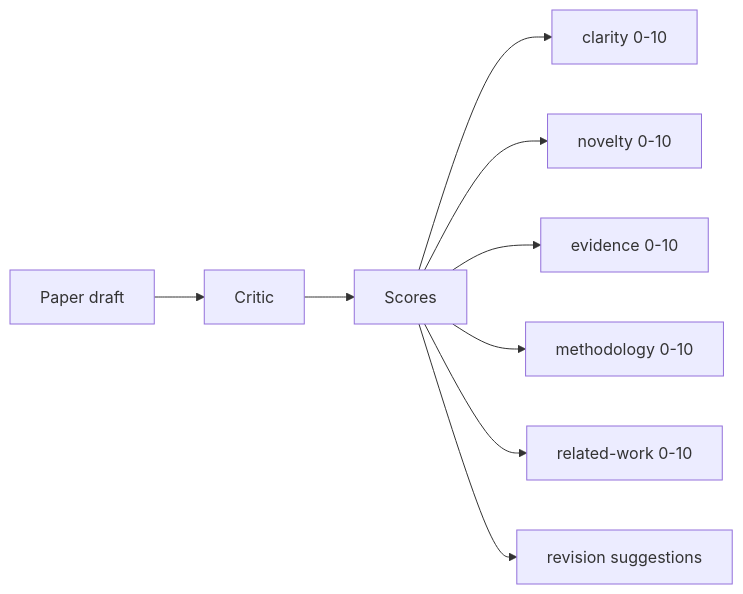
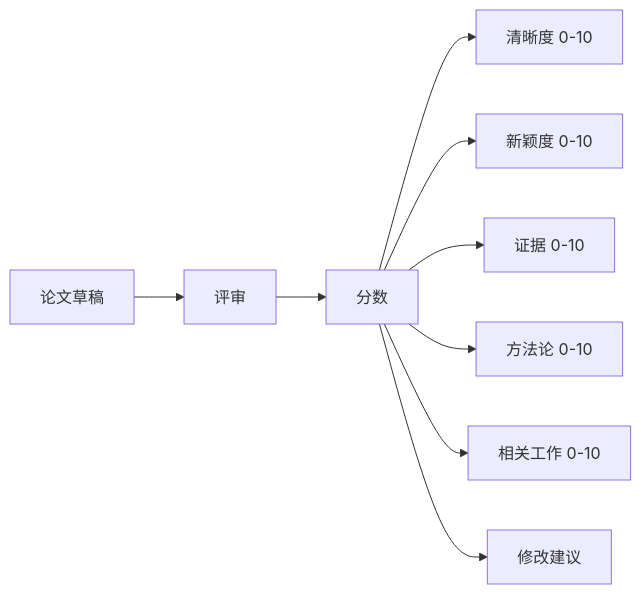
Before and after one commit to alessandrodinisio-ai/ai-engineering-learning-framework: the first of 4 diagrams in phases/19-capstone-projects/55-critic-loop/docs/zh.md, drawn with Mermaid. The commit also changed other lines of this file and 120 other files, not shown here.

First line of the commit message:
i18n(mermaid): 337 个 mermaid 图表标签中文化

````diff
--- a/phases/19-capstone-projects/55-critic-loop/docs/zh.md
+++ b/phases/19-capstone-projects/55-critic-loop/docs/zh.md
@@ -24,11 +24,11 @@
 ```mermaid
 flowchart LR
-    Draft[Paper draft] --> Critic[Critic]
-    Critic --> Scores
-    Scores --> Clar[clarity 0-10]
-    Scores --> Nov[novelty 0-10]
-    Scores --> Ev[evidence 0-10]
-    Scores --> Meth[methodology 0-10]
-    Scores --> Rel[related-work 0-10]
-    Scores --> Revs[revision suggestions]
+    Draft[论文草稿] --> Critic[评审]
+    Critic --> Scores[分数]
+    Scores --> Clar[清晰度 0-10]
+    Scores --> Nov[新颖度 0-10]
+    Scores --> Ev[证据 0-10]
+    Scores --> Meth[方法论 0-10]
+    Scores --> Rel[相关工作 0-10]
+    Scores --> Revs[修改建议]
 ```
````
